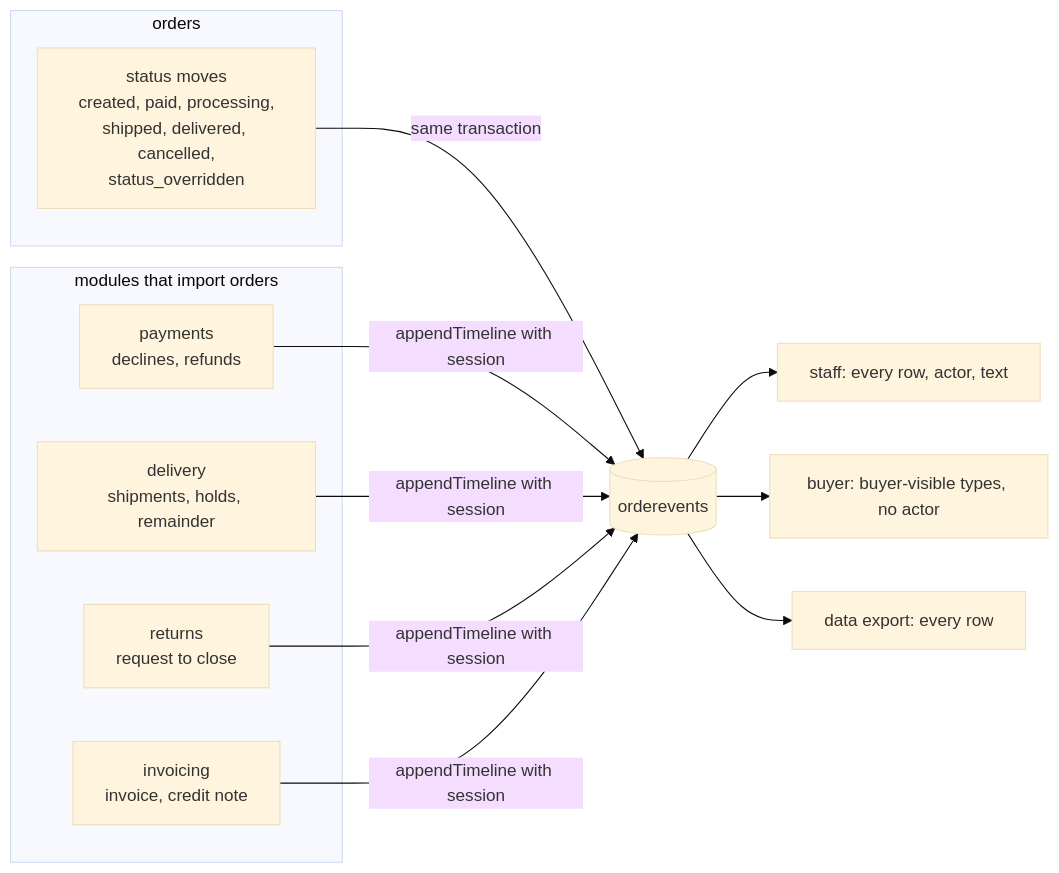
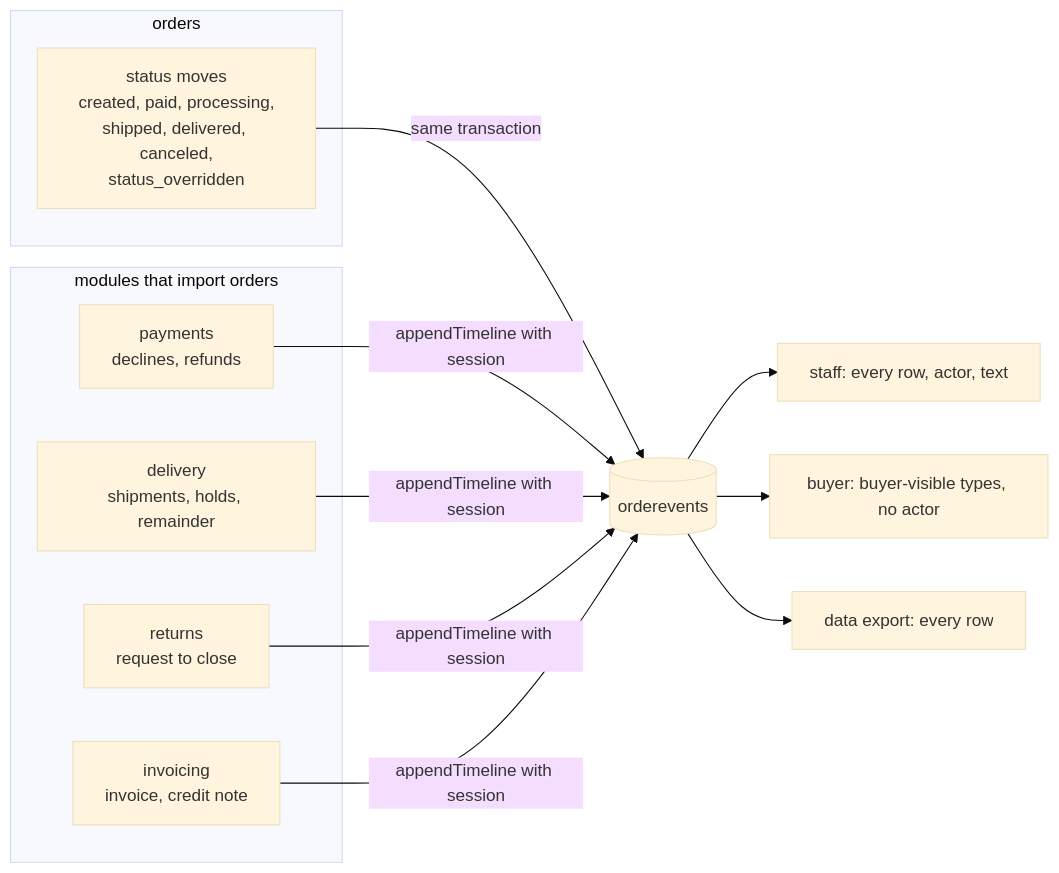
Before and after one commit to Guebbit/boilerplate-node-backend: the fifth of 9 diagrams in docs/modules/orders.md, drawn with Mermaid (base theme). The commit also changed other lines of this file and 301 other files, not shown here.

````diff
--- a/docs/modules/orders.md
+++ b/docs/modules/orders.md
@@ -435,20 +435,20 @@
 ```mermaid
 flowchart LR
     subgraph orders
-        M[status moves<br/>created, paid, processing,<br/>shipped, delivered, cancelled,<br/>status_overridden]
+        M[status moves<br/>created, paid, processing,<br/>shipped, delivered, canceled,<br/>status_overridden]
     end
     subgraph siblings["modules that import orders"]
         P[payments<br/>declines, refunds]
         D[delivery<br/>shipments, holds, remainder]
         R[returns<br/>request to close]
         I[invoicing<br/>invoice, credit note]
     end
     M -- same transaction --> E[(orderevents)]
     P -- appendTimeline with session --> E
     D -- appendTimeline with session --> E
     R -- appendTimeline with session --> E
     I -- appendTimeline with session --> E
     E --> S[staff: every row, actor, text]
     E --> B[buyer: buyer-visible types, no actor]
     E --> X[data export: every row]
 ```
````
